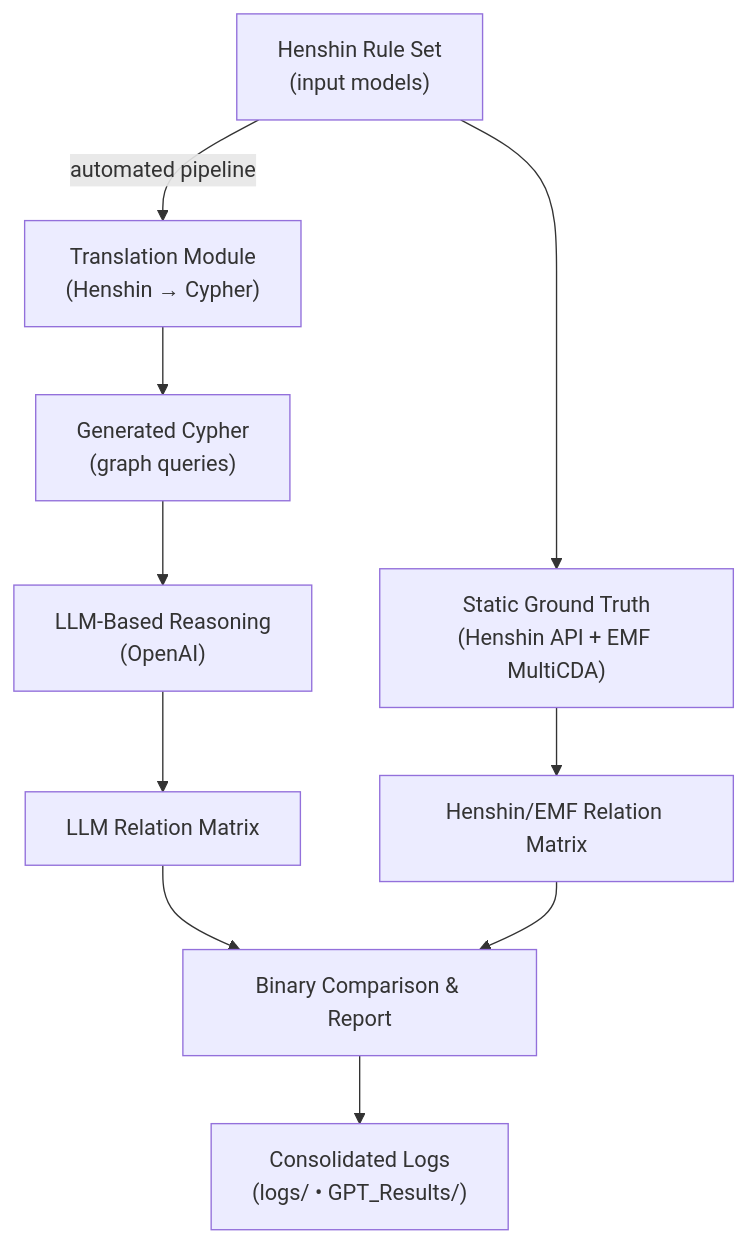
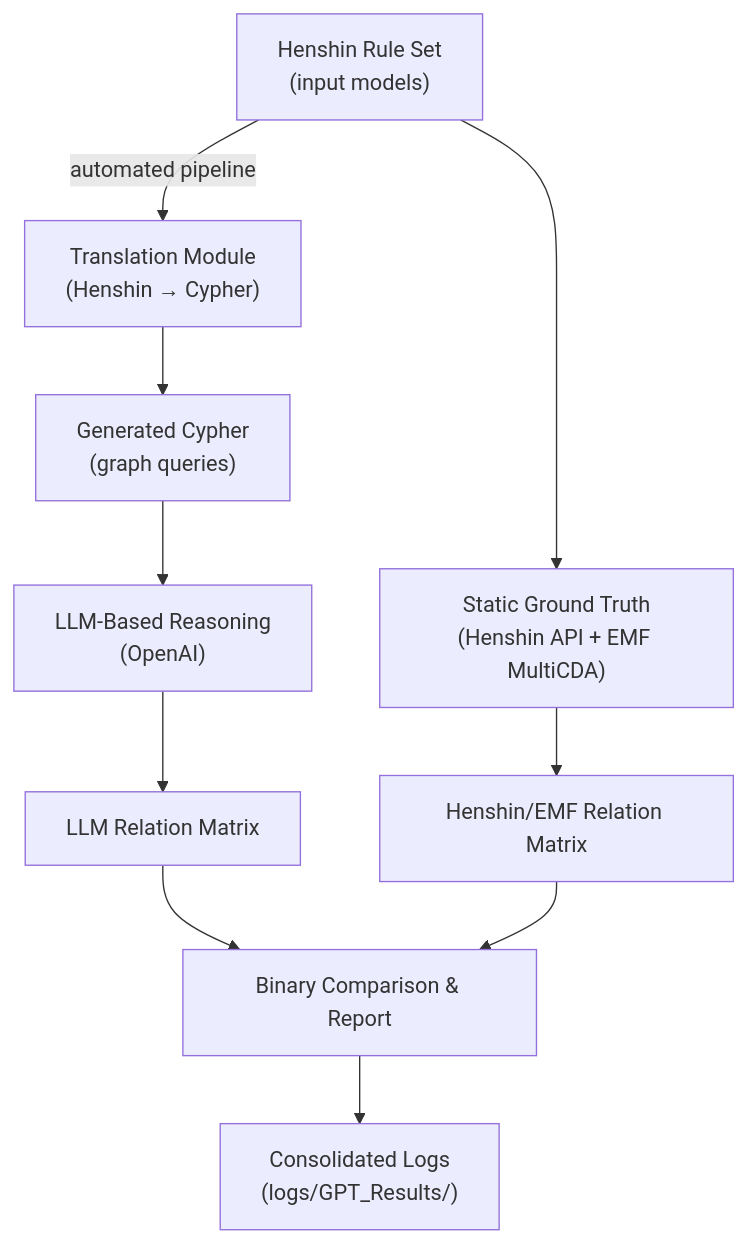
The diagram in README.md (Lugji/HenshinApplication), drawn with Mermaid before and after one commit.

````diff
--- a/README.md
+++ b/README.md
@@ -5,25 +5,25 @@
 ```mermaid
 
 %%{init: {'flowchart': {'htmlLabels': true}} }%%
 flowchart TD
   A["Henshin Rule Set<br>(input models)"]
   B["Translation Module<br>(Henshin → Cypher)"]
   C["Generated Cypher<br>(graph queries)"]
   D["LLM-Based Reasoning<br>(OpenAI)"]
   E["Static Ground Truth<br>(Henshin API + EMF MultiCDA)"]
   F["LLM Relation Matrix"]
   G["Henshin/EMF Relation Matrix"]
   H["Binary Comparison & Report"]
-  I["Consolidated Logs<br>(logs/ • GPT_Results/)"]
+  I["Consolidated Logs<br>(logs/GPT_Results/)"]
 
   A -->|automated pipeline| B
   B --> C
   C --> D
   A --> E
   D --> F
   E --> G
   F --> H
   G --> H
   H --> I
 
 ```
````
